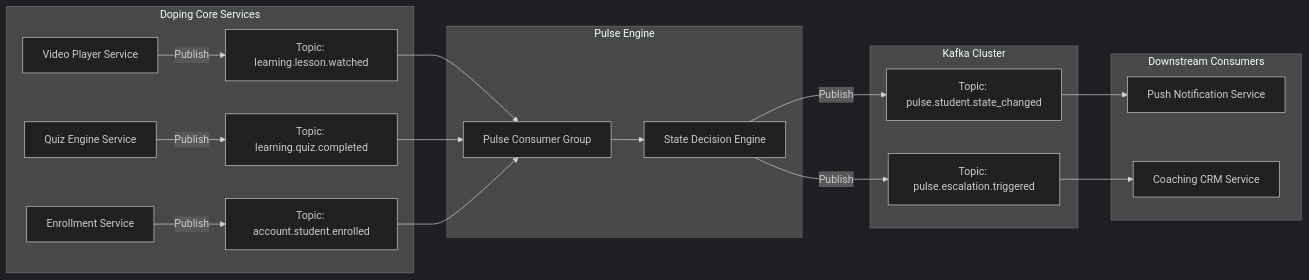
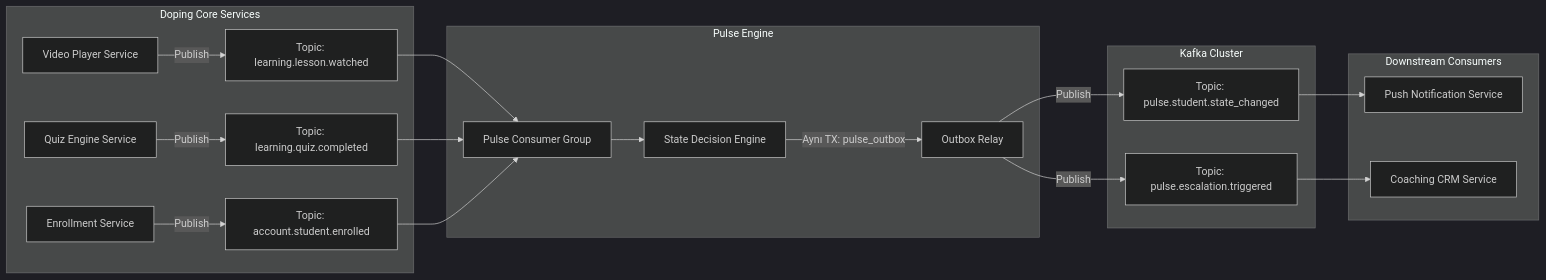
The first of 3 diagrams in docs/event-driven-messaging-architecture.md (Losdreyfedus/doping-pulse), drawn with Mermaid (dark theme) before and after one commit. The commit also changed other lines of this file and 8 other files, not shown here.

````diff
--- a/docs/event-driven-messaging-architecture.md
+++ b/docs/event-driven-messaging-architecture.md
@@ -20,30 +20,31 @@
 ```mermaid
 flowchart LR
     subgraph Doping Core Services
         V[Video Player Service] -->|Publish| T1[Topic: learning.lesson.watched]
         Q[Quiz Engine Service] -->|Publish| T2[Topic: learning.quiz.completed]
         E[Enrollment Service] -->|Publish| T3[Topic: account.student.enrolled]
     end
 
     subgraph Kafka Cluster
         T1
         T2
         T3
         P1[Topic: pulse.student.state_changed]
         P2[Topic: pulse.escalation.triggered]
     end
 
     subgraph Pulse Engine
         T1 --> C[Pulse Consumer Group]
         T2 --> C
         T3 --> C
         C --> PE[State Decision Engine]
-        PE -->|Publish| P1
-        PE -->|Publish| P2
+        PE -->|Aynı TX: pulse_outbox| OR[Outbox Relay]
+        OR -->|Publish| P1
+        OR -->|Publish| P2
     end
 
     subgraph Downstream Consumers
         P1 --> NOTIF[Push Notification Service]
         P2 --> CRM[Coaching CRM Service]
     end
 ```
````
